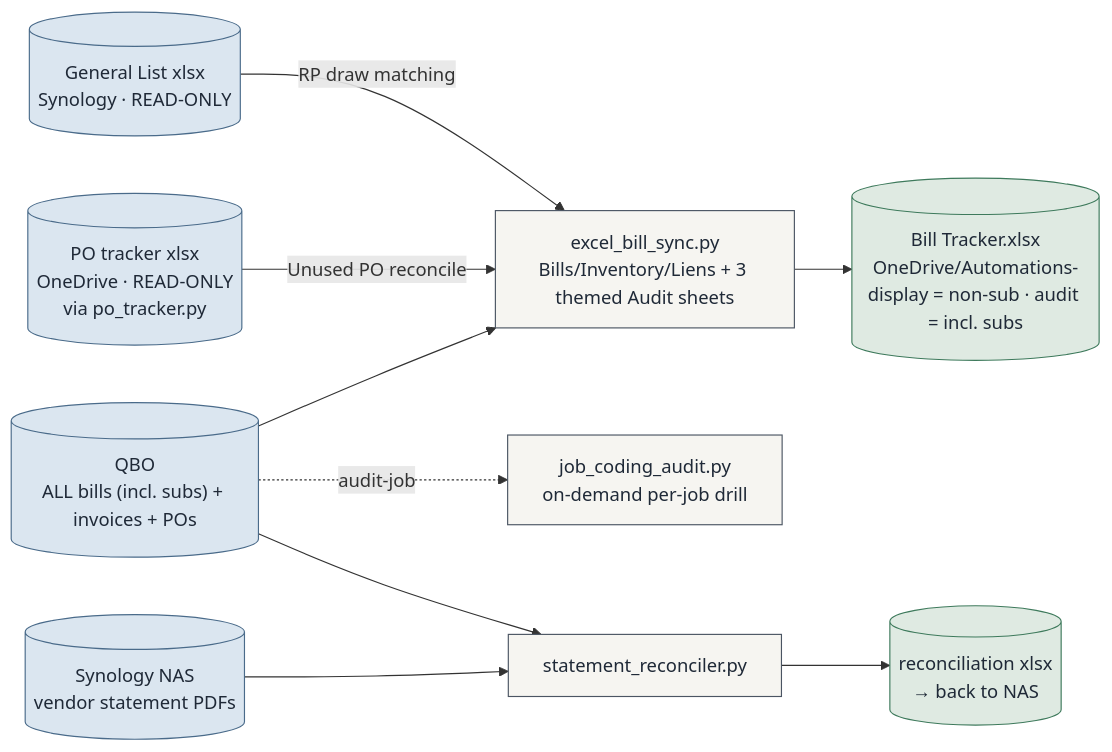
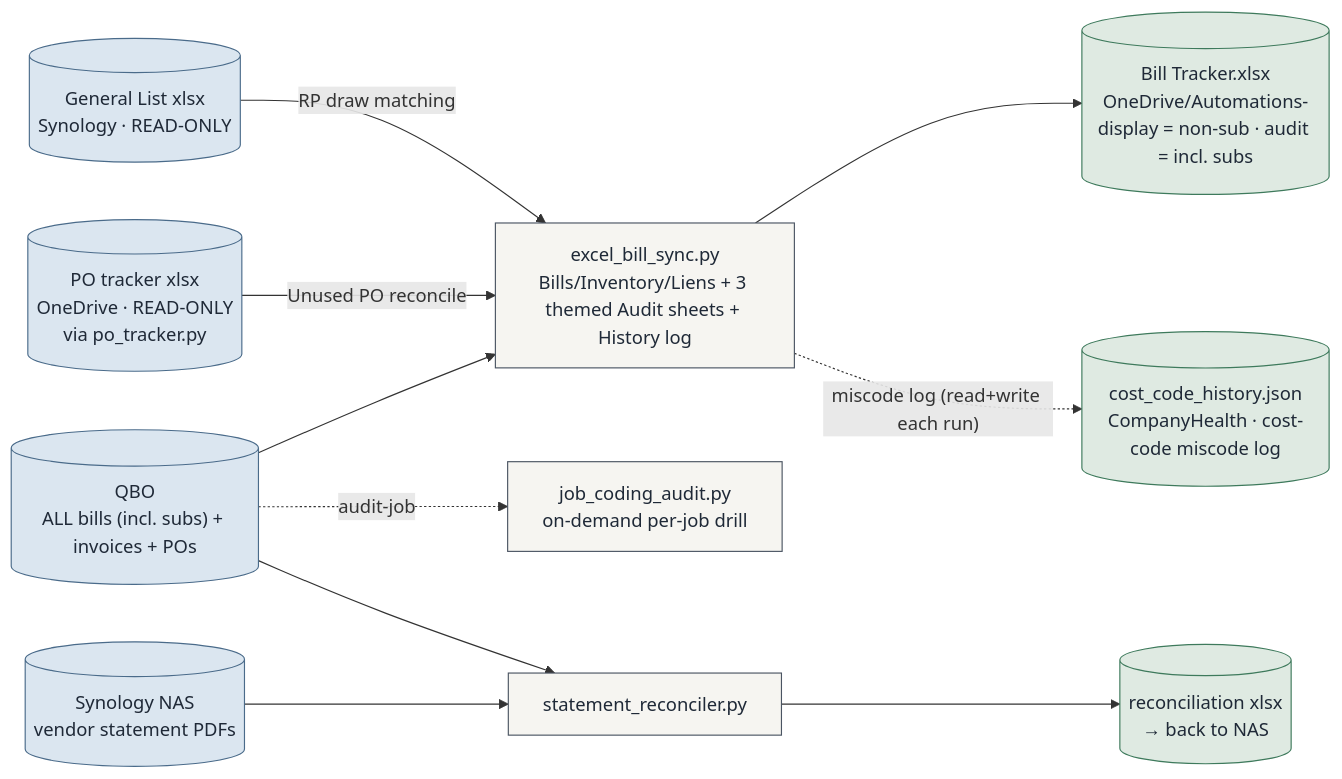
One commit to Ecarlo-Proficient/Claude-Report changed the second of 6 diagrams in docs/ARCHITECTURE.md. Above: the diagram before and after it, drawn with Mermaid. The commit also changed other lines of this file and 4 other files, not shown here.

First line of the commit message:
bill-tracker: persistent cost-code miscode log (Audit - History)

````diff
--- a/docs/ARCHITECTURE.md
+++ b/docs/ARCHITECTURE.md
@@ -216,23 +216,25 @@
 ```mermaid
 flowchart LR
     classDef src fill:#dbe6f0,stroke:#4A6B8A,color:#1f2937
     classDef tool fill:#f6f5f1,stroke:#4b5563,color:#1f2937
     classDef out fill:#dfeae2,stroke:#3E7A5C,color:#1f2937
 
     QBO[("QBO\nALL bills (incl. subs) + invoices + POs")]:::src
     NAS[("Synology NAS\nvendor statement PDFs")]:::src
     GL[("General List xlsx\nSynology · READ-ONLY")]:::src
     POT[("PO tracker xlsx\nOneDrive · READ-ONLY\nvia po_tracker.py")]:::src
-    BT["excel_bill_sync.py\nBills/Inventory/Liens + 3 themed Audit sheets"]:::tool
+    BT["excel_bill_sync.py\nBills/Inventory/Liens + 3 themed Audit sheets + History log"]:::tool
     JCA["job_coding_audit.py\non-demand per-job drill"]:::tool
     SR["statement_reconciler.py"]:::tool
     BX[("Bill Tracker.xlsx\nOneDrive/Automations-\ndisplay = non-sub · audit = incl. subs")]:::out
+    CCH[("cost_code_history.json\nCompanyHealth · cost-code miscode log")]:::out
     RX[("reconciliation xlsx\n→ back to NAS")]:::out
 
     QBO --> BT --> BX
+    BT -. "miscode log (read+write each run)" .-> CCH
     QBO -. "audit-job" .-> JCA
     GL -- "RP draw matching" --> BT
     POT -- "Unused PO reconcile" --> BT
     QBO --> SR
     NAS --> SR --> RX
 ```
````
